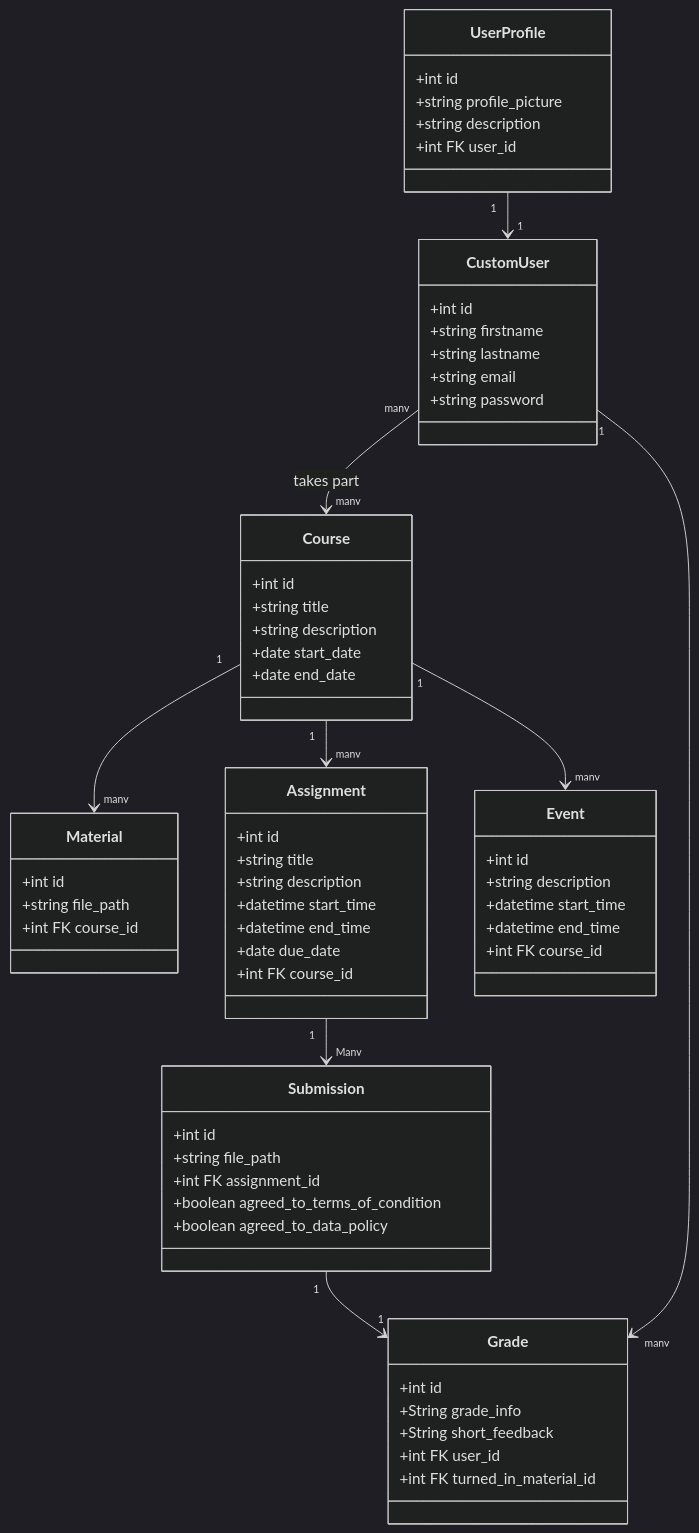
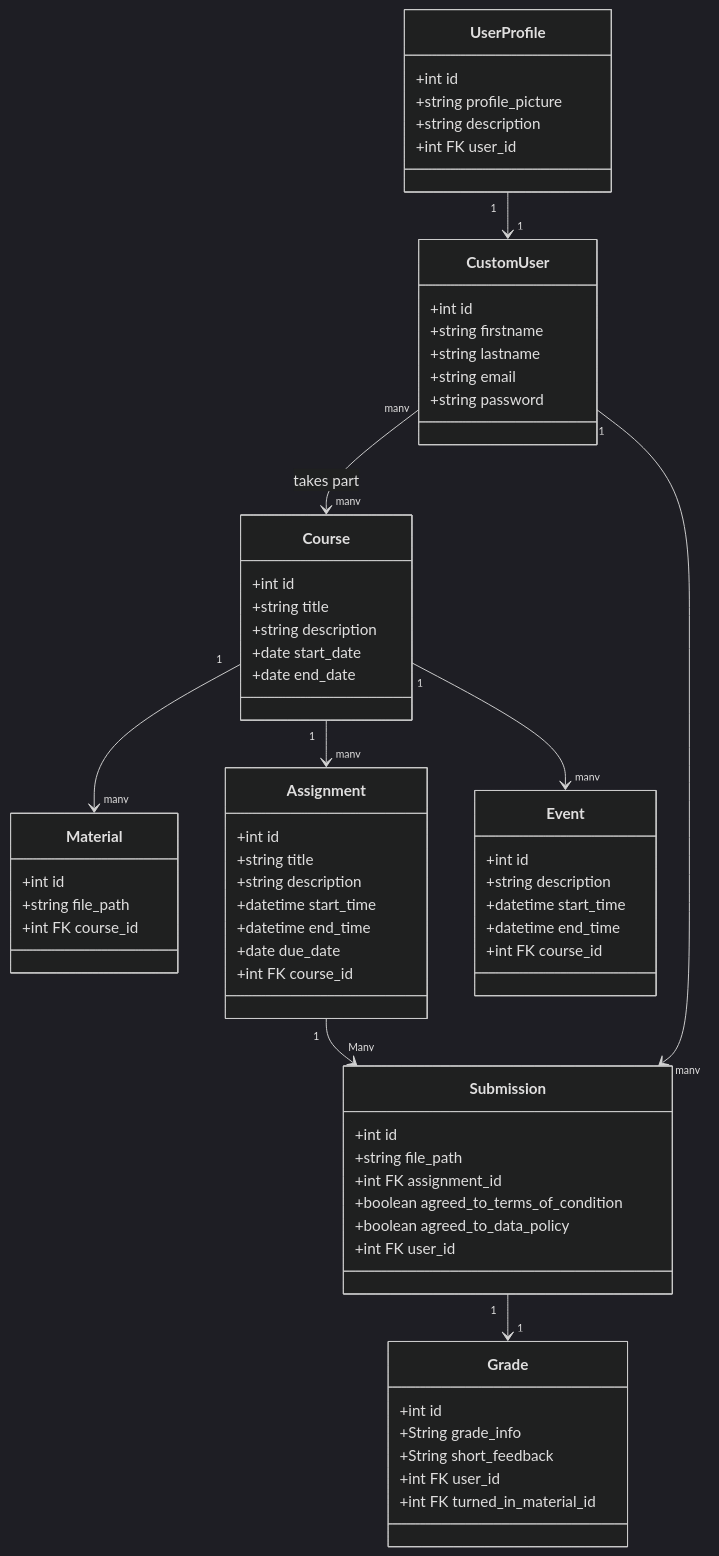
Before and after one commit to Johann110/Studurizer-Fallstudie-Software-Engineering: the diagram in Systemdokumentation/Architektur/Datenmodell/Datenbankmodell.md, drawn with Mermaid (dark theme).

````diff
--- a/Systemdokumentation/Architektur/Datenmodell/Datenbankmodell.md
+++ b/Systemdokumentation/Architektur/Datenmodell/Datenbankmodell.md
@@ -3,78 +3,79 @@
 ```mermaid 
 classDiagram
    class Course {
         +int id
         +string title
         +string description
         +date start_date
         +date end_date
     }
 
     class CustomUser {
         +int id
         +string firstname
         +string lastname
         +string email
         +string password
     }
     
     class UserProfile {
         +int id
         +string profile_picture
         +string description
         +int FK user_id
     }
 
    class Event {
         +int id
         +string description
         +datetime start_time
         +datetime end_time
         +int FK course_id
     }
 
     class Assignment {
         +int id
         +string title
         +string description
         +datetime start_time
         +datetime end_time
         +date due_date
         +int FK course_id
     }
 
     class Material {
         +int id
         +string file_path
         +int FK course_id
     }
 
    class Submission {
         +int id
         +string file_path
         +int FK assignment_id
         +boolean agreed_to_terms_of_condition
-        +boolean agreed_to_data_policy 
+        +boolean agreed_to_data_policy
+        +int FK user_id
     }
 
     class Grade {
         +int id
         +String grade_info
         +String short_feedback
         +int FK user_id
         +int FK turned_in_material_id
     }
     
 
 
     %% Beziehungen
     CustomUser "many" --> "many" Course : takes part
     Course "1" --> "many" Material
     Course "1" --> "many" Assignment
     Course "1" --> "many" Event
 
-    CustomUser "1" --> "many" Grade
+    CustomUser "1" --> "many" Submission
     UserProfile "1" --> "1" CustomUser
     Assignment "1" --> "Many" Submission
     Submission "1" --> "1" Grade
 ```
````
